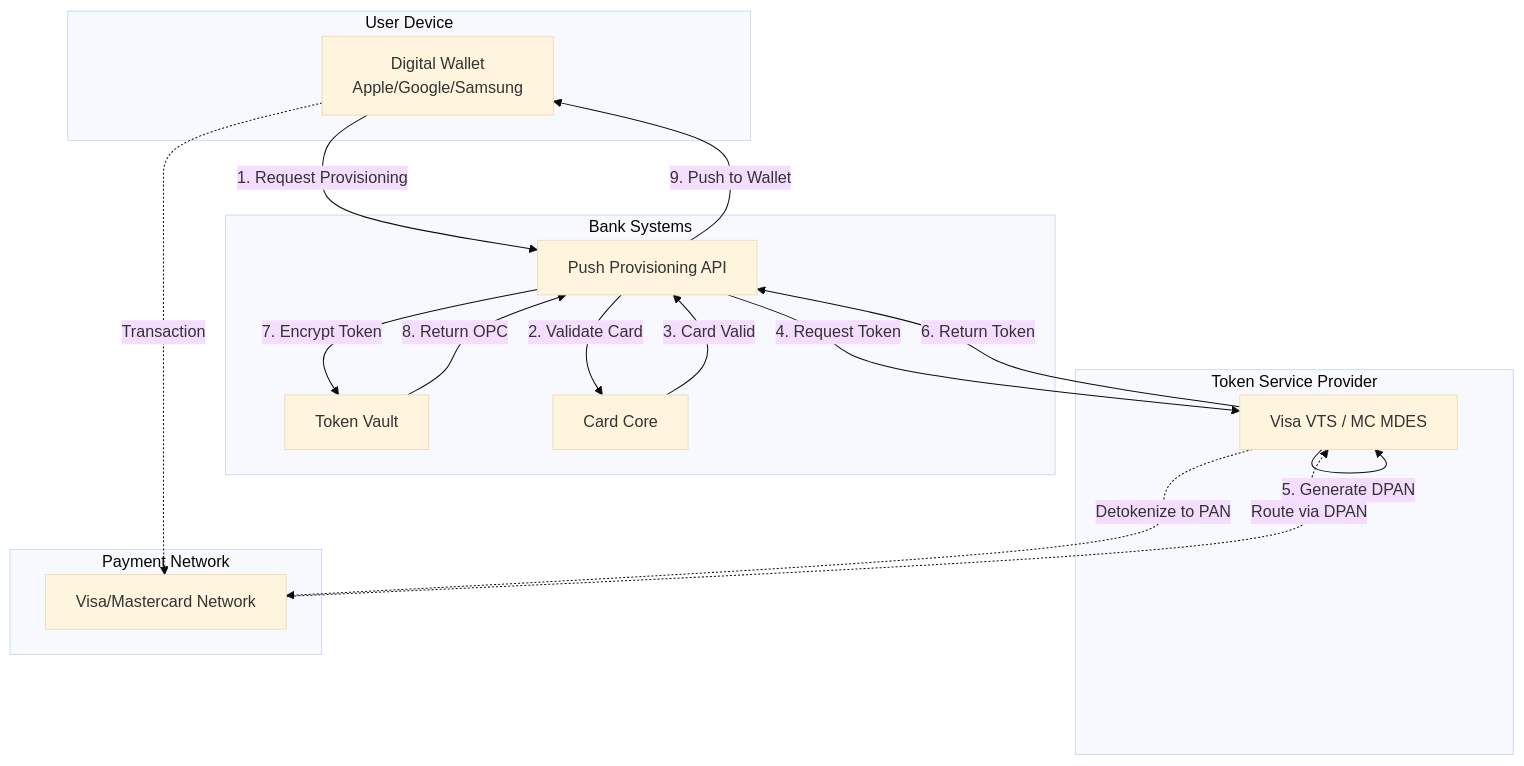
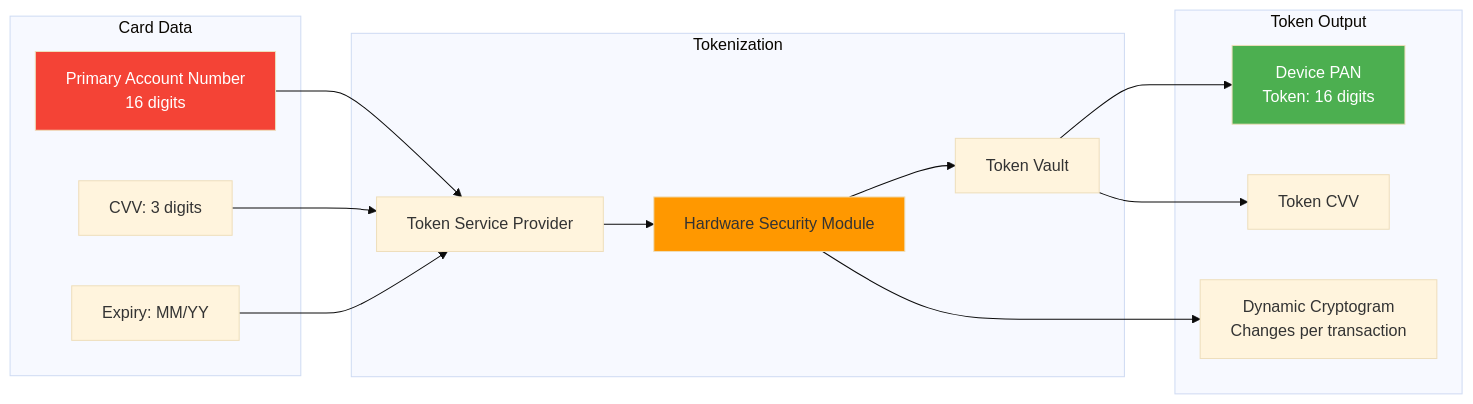
The seventh of 10 diagrams in 06-Dich-vu-The-va-Tokenization.md (huuhoait/openbanking-vn-specs), drawn with Mermaid (base theme) before and after one commit. The commit also changed other lines of this file and 14 other files, not shown here.

````diff
--- a/06-Dich-vu-The-va-Tokenization.md
+++ b/06-Dich-vu-The-va-Tokenization.md
@@ -257,34 +376,35 @@
 ```mermaid
-graph TB
-    subgraph "User Device"
-        Wallet[Digital Wallet<br/>Apple/Google/Samsung]
+graph LR
+    subgraph "Card Data"
+        PAN[Primary Account Number<br/>16 digits]
+        CVV[CVV: 3 digits]
+        Expiry[Expiry: MM/YY]
     end
     
-    subgraph "Bank Systems"
-        API[Push Provisioning API]
-        TokenVault[Token Vault]
-        CardCore[Card Core]
+    subgraph "Tokenization"
+        TSP[Token Service Provider]
+        HSM[Hardware Security Module]
+        Vault[Token Vault]
     end
     
-    subgraph "Token Service Provider"
-        TSP[Visa VTS / MC MDES]
+    subgraph "Token Output"
+        DPAN[Device PAN<br/>Token: 16 digits]
+        TokenCVV[Token CVV]
+        Cryptogram[Dynamic Cryptogram<br/>Changes per transaction]
     end
     
-    subgraph "Payment Network"
-        Network[Visa/Mastercard Network]
-    end
+    PAN --> TSP
+    CVV --> TSP
+    Expiry --> TSP
     
-    Wallet -->|1. Request Provisioning| API
-    API -->|2. Validate Card| CardCore
-    CardCore -->|3. Card Valid| API
-    API -->|4. Request Token| TSP
-    TSP -->|5. Generate DPAN| TSP
-    TSP -->|6. Return Token| API
-    API -->|7. Encrypt Token| TokenVault
-    TokenVault -->|8. Return OPC| API
-    API -->|9. Push to Wallet| Wallet
+    TSP --> HSM
+    HSM --> Vault
     
-    Wallet -.->|Transaction| Network
-    Network -.->|Route via DPAN| TSP
-    TSP -.->|Detokenize to PAN| Network
+    Vault --> DPAN
+    Vault --> TokenCVV
+    HSM --> Cryptogram
+    
+    style PAN fill:#f44336,color:#fff
+    style DPAN fill:#4caf50,color:#fff
+    style HSM fill:#ff9800
 ```
````
